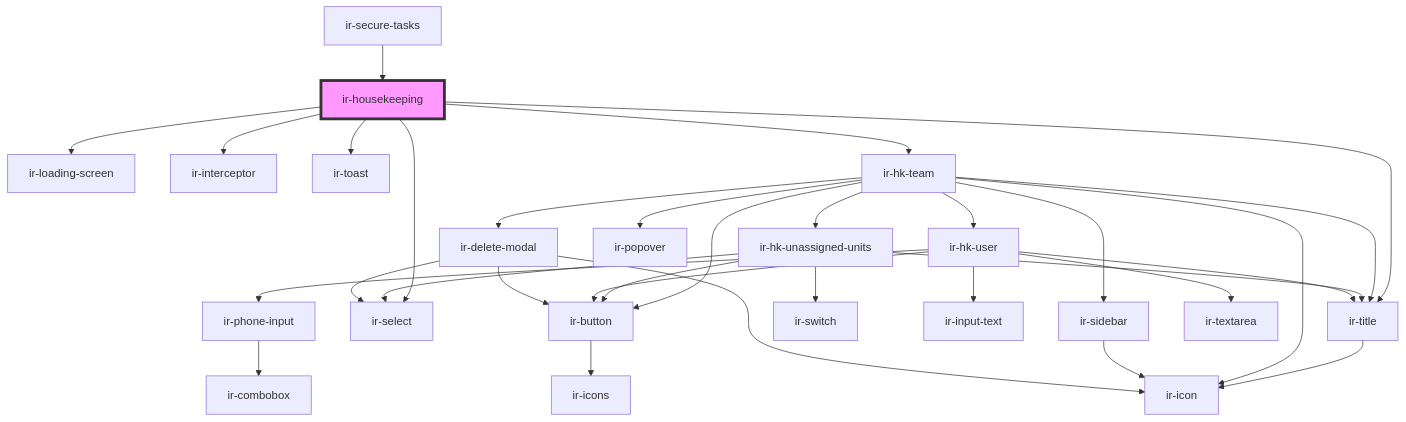
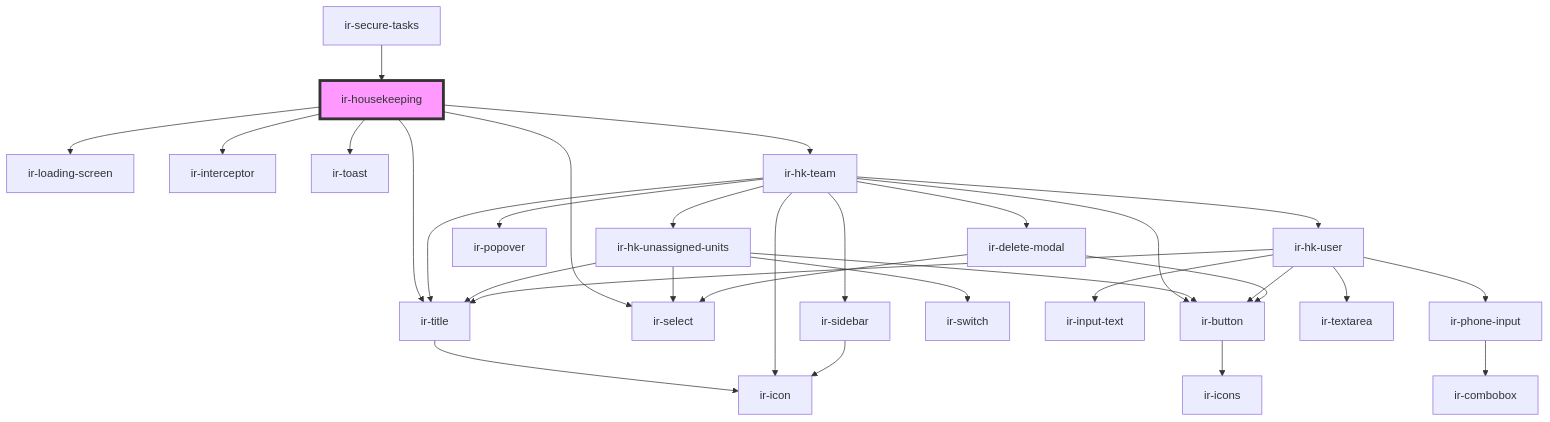
One commit to David1Chowaifaty/modified-ir-webcmp changed the diagram in src/components/ir-housekeeping/readme.md. Above: the diagram before and after it, drawn with Mermaid. The commit also changed 8 other files, not shown here.

````diff
--- a/src/components/ir-housekeeping/readme.md
+++ b/src/components/ir-housekeeping/readme.md
@@ -41,35 +41,34 @@
 ```mermaid
 graph TD;
   ir-housekeeping --> ir-loading-screen
   ir-housekeeping --> ir-interceptor
   ir-housekeeping --> ir-toast
   ir-housekeeping --> ir-title
   ir-housekeeping --> ir-select
   ir-housekeeping --> ir-hk-team
   ir-title --> ir-icon
   ir-hk-team --> ir-hk-unassigned-units
   ir-hk-team --> ir-hk-user
   ir-hk-team --> ir-title
   ir-hk-team --> ir-icon
   ir-hk-team --> ir-popover
   ir-hk-team --> ir-button
   ir-hk-team --> ir-sidebar
   ir-hk-team --> ir-delete-modal
   ir-hk-unassigned-units --> ir-select
   ir-hk-unassigned-units --> ir-switch
   ir-hk-unassigned-units --> ir-title
   ir-hk-unassigned-units --> ir-button
   ir-button --> ir-icons
   ir-hk-user --> ir-title
   ir-hk-user --> ir-input-text
   ir-hk-user --> ir-phone-input
   ir-hk-user --> ir-textarea
   ir-hk-user --> ir-button
   ir-phone-input --> ir-combobox
   ir-sidebar --> ir-icon
-  ir-delete-modal --> ir-icon
+  ir-delete-modal --> ir-button
   ir-delete-modal --> ir-select
-  ir-delete-modal --> ir-button
   ir-secure-tasks --> ir-housekeeping
   style ir-housekeeping fill:#f9f,stroke:#333,stroke-width:4px
 ```
````
